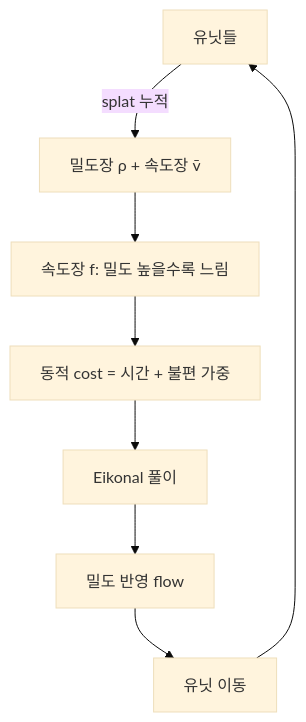
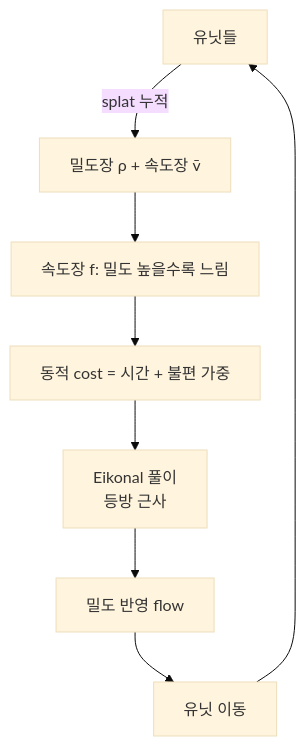
One commit to Rein-ArXiv/game-dev-curriculum changed the fifth of 6 diagrams in ai/part10_flow_field.md. Above: the diagram before and after it, drawn with Mermaid (base theme). The commit also changed other lines of this file and 279 other files, not shown here.

````diff
--- a/ai/part10_flow_field.md
+++ b/ai/part10_flow_field.md
@@ -538,10 +542,10 @@
 ```mermaid
 flowchart TB
     Agents[유닛들] -->|splat 누적| Density[밀도장 ρ + 속도장 v̄]
     Density --> Speed[속도장 f: 밀도 높을수록 느림]
     Speed --> DynCost[동적 cost = 시간 + 불편 가중]
-    DynCost --> Eik[Eikonal 풀이]
+    DynCost --> Eik[Eikonal 풀이<br/>등방 근사]
     Eik --> Flow[밀도 반영 flow]
     Flow --> Move[유닛 이동]
     Move --> Agents
 ```
````
